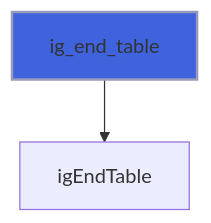
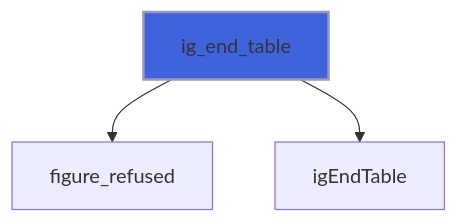
The ninth of 26 diagrams in docs/api/src/lib/figure_group.md (szaghi/figure), drawn with Mermaid before and after one commit. The commit also changed other lines of this file and 10 other files, not shown here.

````diff
--- a/docs/api/src/lib/figure_group.md
+++ b/docs/api/src/lib/figure_group.md
@@ -246,5 +265,6 @@
 ```mermaid
 flowchart TD
+  ig_end_table["ig_end_table"] --> figure_refused["figure_refused"]
   ig_end_table["ig_end_table"] --> igEndTable["igEndTable"]
   style ig_end_table fill:#3e63dd,stroke:#99b,stroke-width:2px
 ```
````
